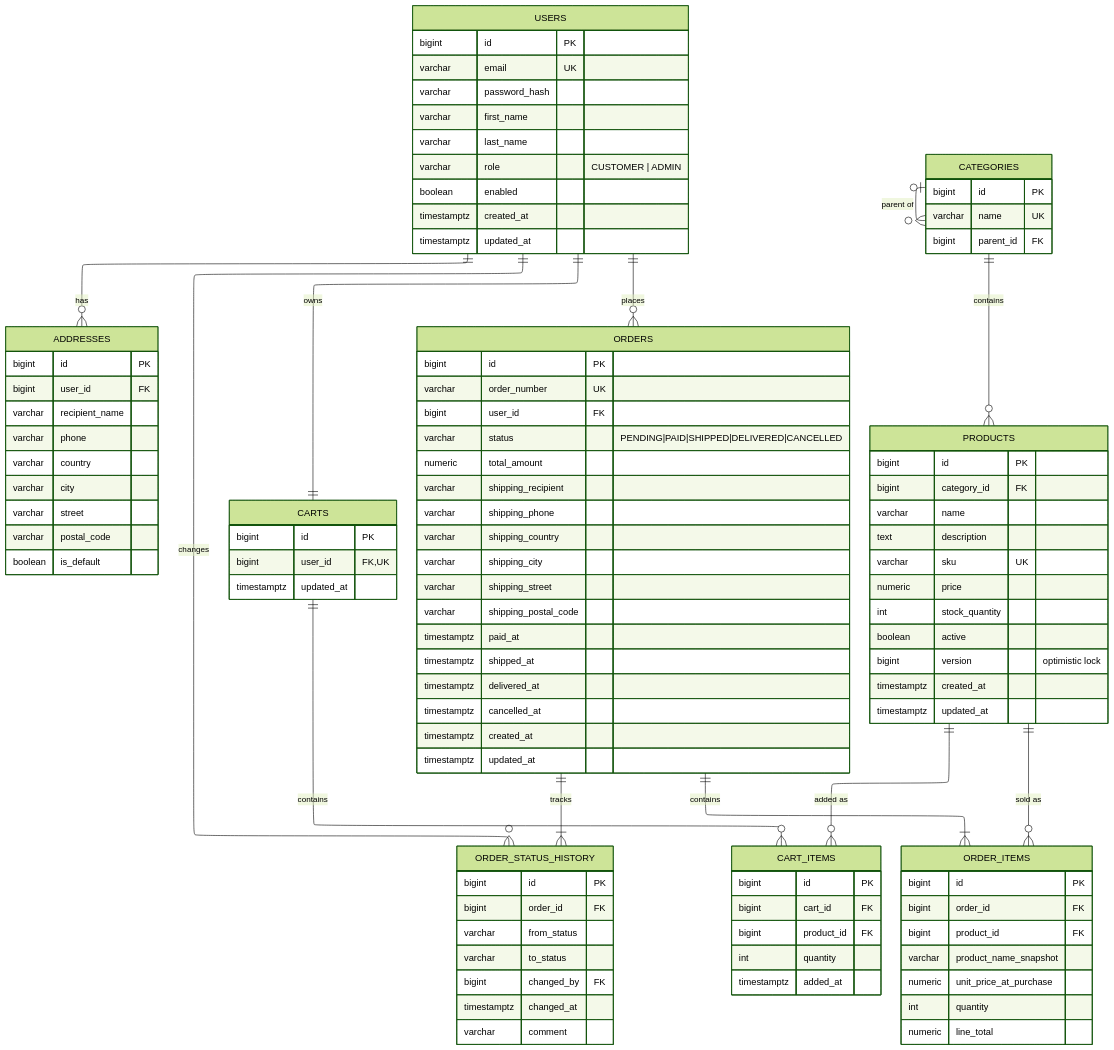
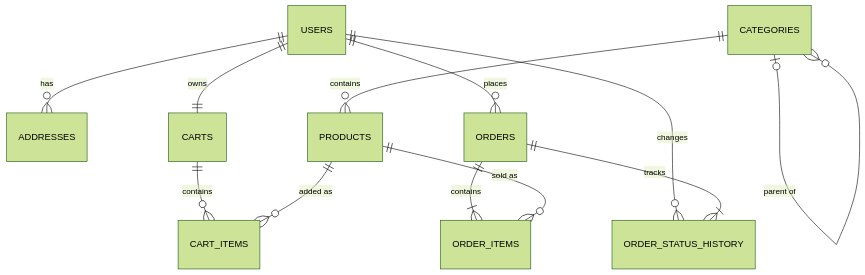
The second of 2 diagrams in README.md (kvatashidzeani/E-Commerce-Order-Management-API), drawn with Mermaid (forest theme) before and after one commit. The commit also changed other lines of this file and 164 other files, not shown here.

````diff
--- a/README.md
+++ b/README.md
@@ -1,8 +184,4 @@
 ```mermaid
----
-config:
-  layout: elk
----
 erDiagram
     USERS ||--o{ ADDRESSES : has
     USERS ||--|| CARTS : owns
@@ -15,94 +194,4 @@
     ORDERS ||--|{ ORDER_ITEMS : contains
     PRODUCTS ||--o{ ORDER_ITEMS : "sold as"
     ORDERS ||--|{ ORDER_STATUS_HISTORY : tracks
-
-    USERS {
-        bigint id PK
-        varchar email UK
-        varchar password_hash
-        varchar first_name
-        varchar last_name
-        varchar role "CUSTOMER | ADMIN"
-        boolean enabled
-        timestamptz created_at
-        timestamptz updated_at
-    }
-    ADDRESSES {
-        bigint id PK
-        bigint user_id FK
-        varchar recipient_name
-        varchar phone
-        varchar country
-        varchar city
-        varchar street
-        varchar postal_code
-        boolean is_default
-    }
-    CATEGORIES {
-        bigint id PK
-        varchar name UK
-        bigint parent_id FK
-    }
-    PRODUCTS {
-        bigint id PK
-        bigint category_id FK
-        varchar name
-        text description
-        varchar sku UK
-        numeric price
-        int stock_quantity
-        boolean active
-        bigint version "optimistic lock"
-        timestamptz created_at
-        timestamptz updated_at
-    }
-    CARTS {
-        bigint id PK
-        bigint user_id FK, UK
-        timestamptz updated_at
-    }
-    CART_ITEMS {
-        bigint id PK
-        bigint cart_id FK
-        bigint product_id FK
-        int quantity
-        timestamptz added_at
-    }
-    ORDERS {
-        bigint id PK
-        varchar order_number UK
-        bigint user_id FK
-        varchar status "PENDING|PAID|SHIPPED|DELIVERED|CANCELLED"
-        numeric total_amount
-        varchar shipping_recipient
-        varchar shipping_phone
-        varchar shipping_country
-        varchar shipping_city
-        varchar shipping_street
-        varchar shipping_postal_code
-        timestamptz paid_at
-        timestamptz shipped_at
-        timestamptz delivered_at
-        timestamptz cancelled_at
-        timestamptz created_at
-        timestamptz updated_at
-    }
-    ORDER_ITEMS {
-        bigint id PK
-        bigint order_id FK
-        bigint product_id FK
-        varchar product_name_snapshot
-        numeric unit_price_at_purchase
-        int quantity
-        numeric line_total
-    }
-    ORDER_STATUS_HISTORY {
-        bigint id PK
-        bigint order_id FK
-        varchar from_status
-        varchar to_status
-        bigint changed_by FK
-        timestamptz changed_at
-        varchar comment
-    }
 ```
````
